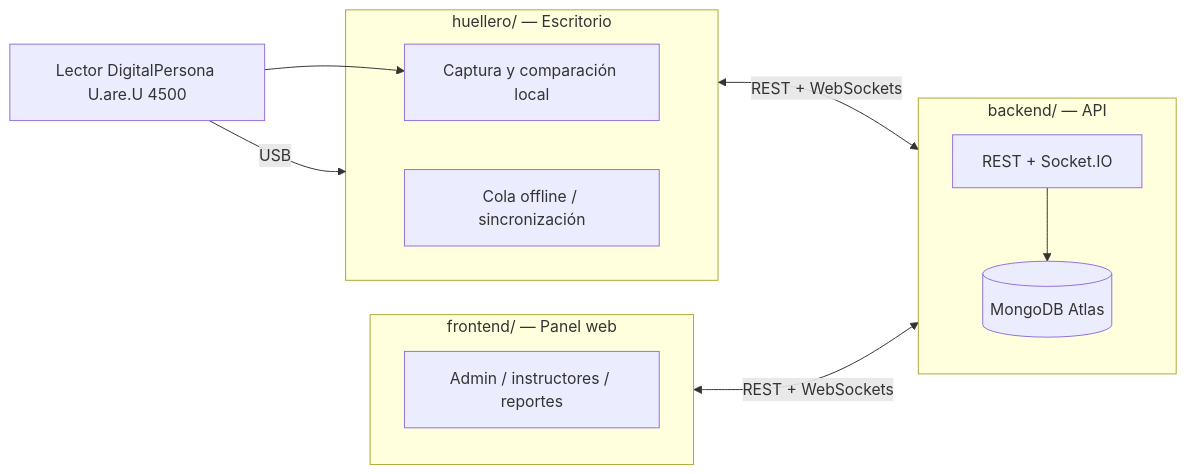
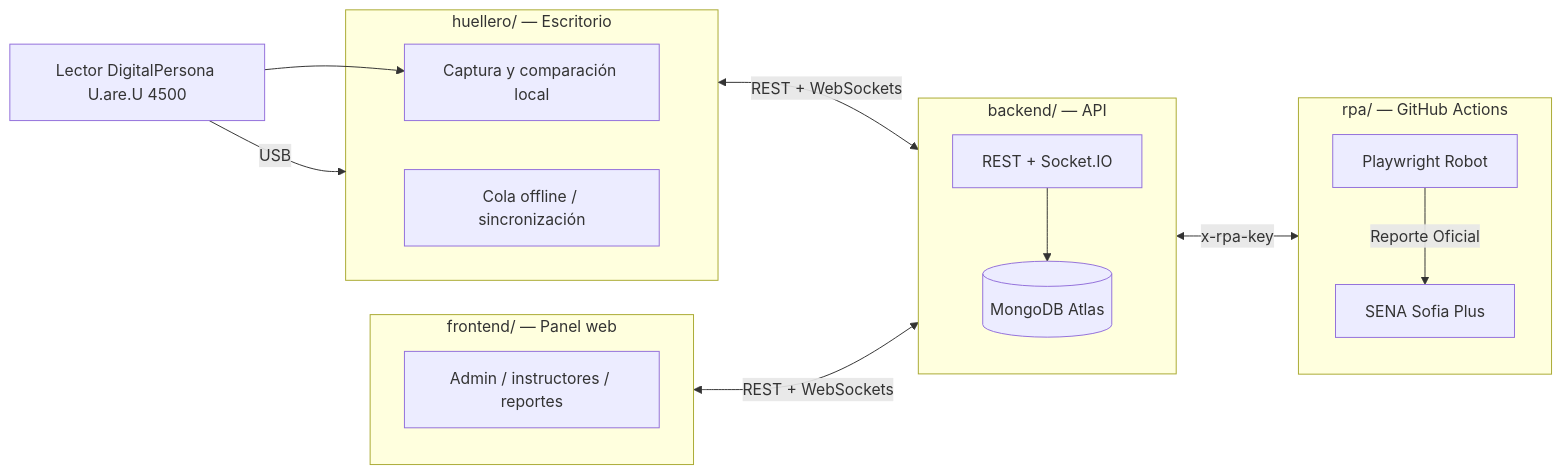
Before and after one commit to JuanViviescas00/Asista: the diagram in README.md, drawn with Mermaid. The commit also changed other lines of this file and 8 other files, not shown here.

Commit message:
docs: actualizar manual de usuario, diagramas de arquitectura y evidencias de produccion del modulo RPA

````diff
--- a/README.md
+++ b/README.md
@@ -19,19 +20,25 @@
 ```mermaid
 flowchart LR
     Lector[Lector DigitalPersona U.are.U 4500] -->|USB| Huellero
     subgraph Huellero[huellero/ — Escritorio]
         Captura[Captura y comparación local]
         Offline[Cola offline / sincronización]
     end
     subgraph Backend[backend/ — API]
         API[REST + Socket.IO]
         Mongo[(MongoDB Atlas)]
     end
     subgraph Frontend[frontend/ — Panel web]
         Panel[Admin / instructores / reportes]
     end
+    subgraph RPA[rpa/ — GitHub Actions]
+        Bot[Playwright Robot]
+        Sofia[SENA Sofia Plus]
+    end
     Lector --> Captura
     Huellero <-->|REST + WebSockets| Backend
     Frontend <-->|REST + WebSockets| Backend
+    Backend <-->|x-rpa-key| RPA
+    Bot -->|Reporte Oficial| Sofia
     API --> Mongo
 ```
````
